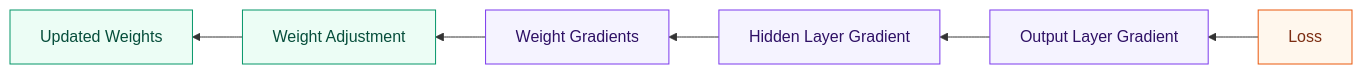
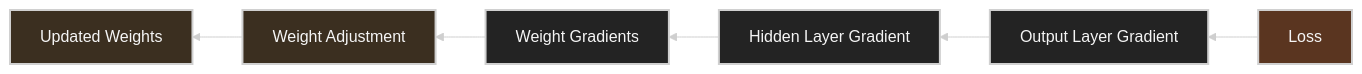
The fifth of 12 diagrams in deep-learning-for-network-engineers/week01/README.md (ziwon/ai-data-center-network), drawn with Mermaid before and after one commit. The commit also changed other lines of this file and 35 other files, not shown here.

Commit message:
docs(mermaid): apply dark diagram style

````diff
--- a/deep-learning-for-network-engineers/week01/README.md
+++ b/deep-learning-for-network-engineers/week01/README.md
@@ -212,12 +216,13 @@
 ```mermaid
+%%{init: {"theme": "base", "themeVariables": {"background": "#171717", "primaryColor": "#232323", "primaryTextColor": "#f5f5f5", "primaryBorderColor": "#d0d0d0", "lineColor": "#cfcfcf", "fontFamily": "Inter, Arial, sans-serif"}}}%%
 flowchart RL
-    classDef loss fill:#fff7ed,stroke:#ea580c,color:#7c2d12
-    classDef gradient fill:#f5f3ff,stroke:#7c3aed,color:#2e1065
-    classDef update fill:#ecfdf5,stroke:#059669,color:#064e3b
+    classDef loss fill:#5a3520,stroke:#d0d0d0,color:#f5f5f5,stroke-width:2px;
+    classDef gradient fill:#232323,stroke:#d0d0d0,color:#f5f5f5,stroke-width:2px;
+    classDef update fill:#3b2f20,stroke:#d0d0d0,color:#f5f5f5,stroke-width:2px;
 
     A[Loss]:::loss --> B[Output Layer Gradient]:::gradient
     B --> C[Hidden Layer Gradient]:::gradient
     C --> D[Weight Gradients]:::gradient
     D --> E[Weight Adjustment]:::update
     E --> F[Updated Weights]:::update
 ```
````
